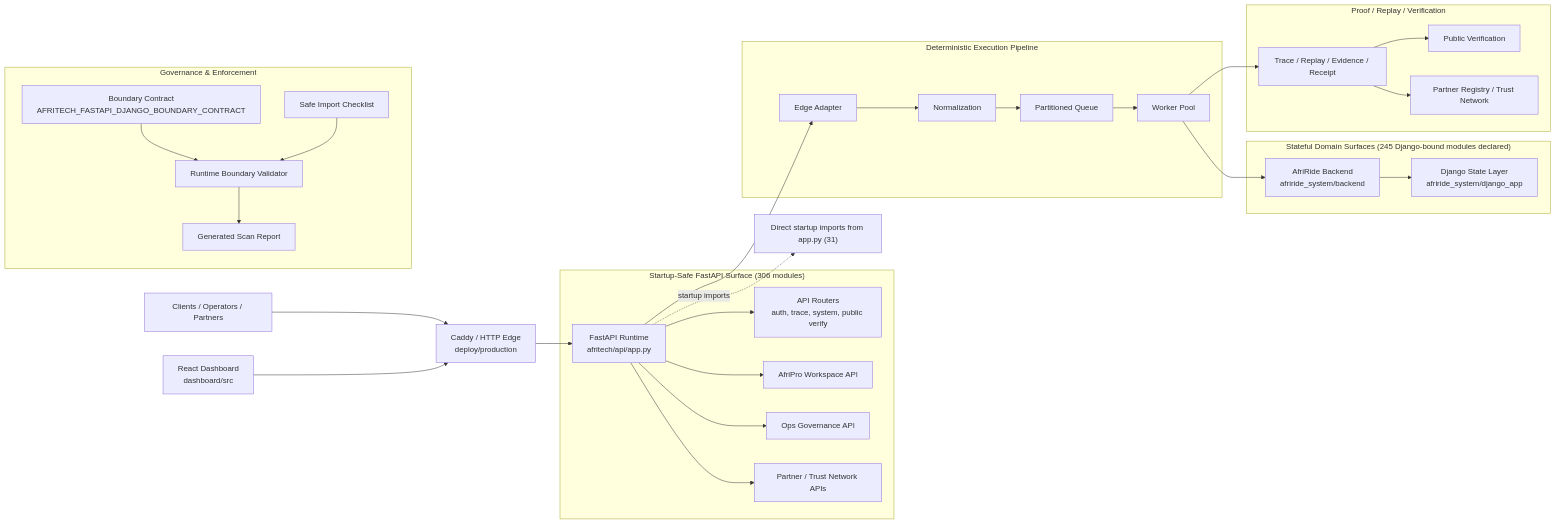
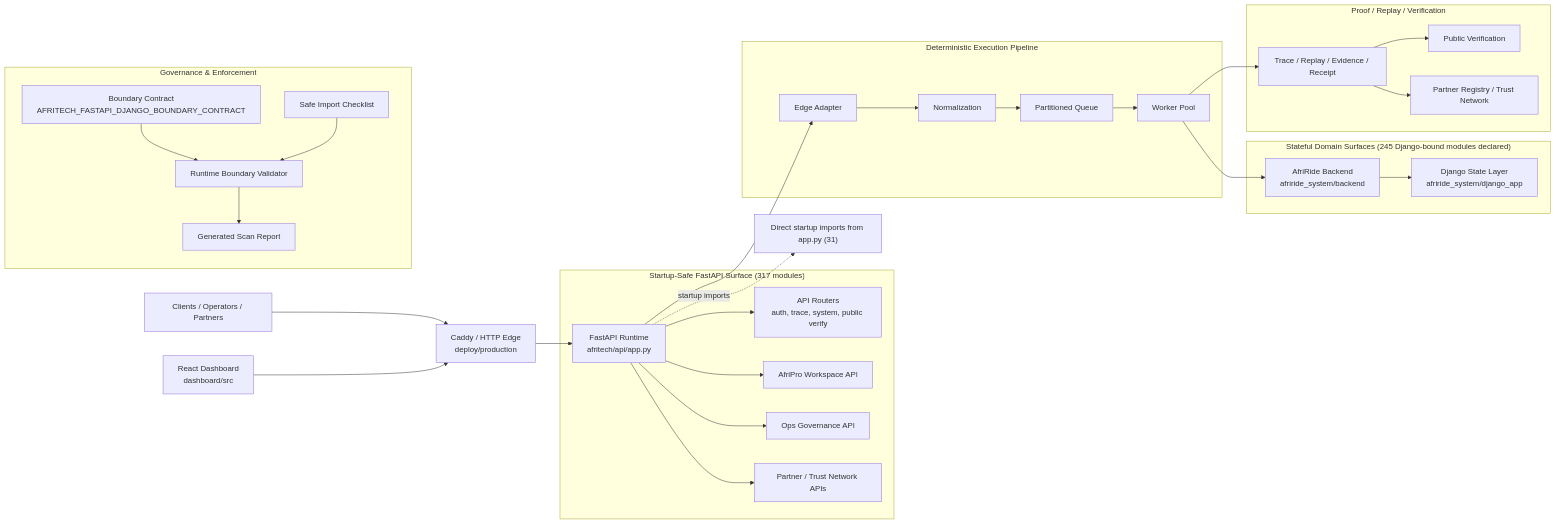
One commit to Strelly2023/afritelematics changed the first of 2 diagrams in docs/architecture/AFRITECH_FULL_ARCHITECTURE_GRAPH.md. Above: the diagram before and after it, drawn with Mermaid. The commit also changed other lines of this file and 19 other files, not shown here.

````diff
--- a/docs/architecture/AFRITECH_FULL_ARCHITECTURE_GRAPH.md
+++ b/docs/architecture/AFRITECH_FULL_ARCHITECTURE_GRAPH.md
@@ -22,39 +22,39 @@
 ```mermaid
 flowchart LR
     Client["Clients / Operators / Partners"] --> Edge["Caddy / HTTP Edge\ndeploy/production"]
     Dashboard["React Dashboard\ndashboard/src"] --> Edge
     Edge --> App["FastAPI Runtime\nafritech/api/app.py"]
 
-    subgraph FastAPI["Startup-Safe FastAPI Surface (306 modules)"]
+    subgraph FastAPI["Startup-Safe FastAPI Surface (317 modules)"]
         App --> Api["API Routers\nauth, trace, system, public verify"]
         App --> Workspace["AfriPro Workspace API"]
         App --> Governance["Ops Governance API"]
         App --> Trust["Partner / Trust Network APIs"]
     end
 
     subgraph Pipeline["Deterministic Execution Pipeline"]
         App --> Adapt["Edge Adapter"]
         Adapt --> Normalize["Normalization"]
         Normalize --> Queue["Partitioned Queue"]
         Queue --> Worker["Worker Pool"]
     end
 
     subgraph State["Stateful Domain Surfaces (245 Django-bound modules declared)"]
         Worker --> Domain["AfriRide Backend\nafriride_system/backend"]
         Domain --> Django["Django State Layer\nafriride_system/django_app"]
     end
 
     subgraph Proof["Proof / Replay / Verification"]
         Worker --> Trace["Trace / Replay / Evidence / Receipt"]
         Trace --> Public["Public Verification"]
         Trace --> Registry["Partner Registry / Trust Network"]
     end
 
     subgraph GovernancePlane["Governance & Enforcement"]
         Contract["Boundary Contract\nAFRITECH_FASTAPI_DJANGO_BOUNDARY_CONTRACT"] --> Validator["Runtime Boundary Validator"]
         Checklist["Safe Import Checklist"] --> Validator
         Validator --> Review["Generated Scan Report"]
     end
 
     App -. startup imports .-> Imports["Direct startup imports from app.py (31)"]
 ```
````
